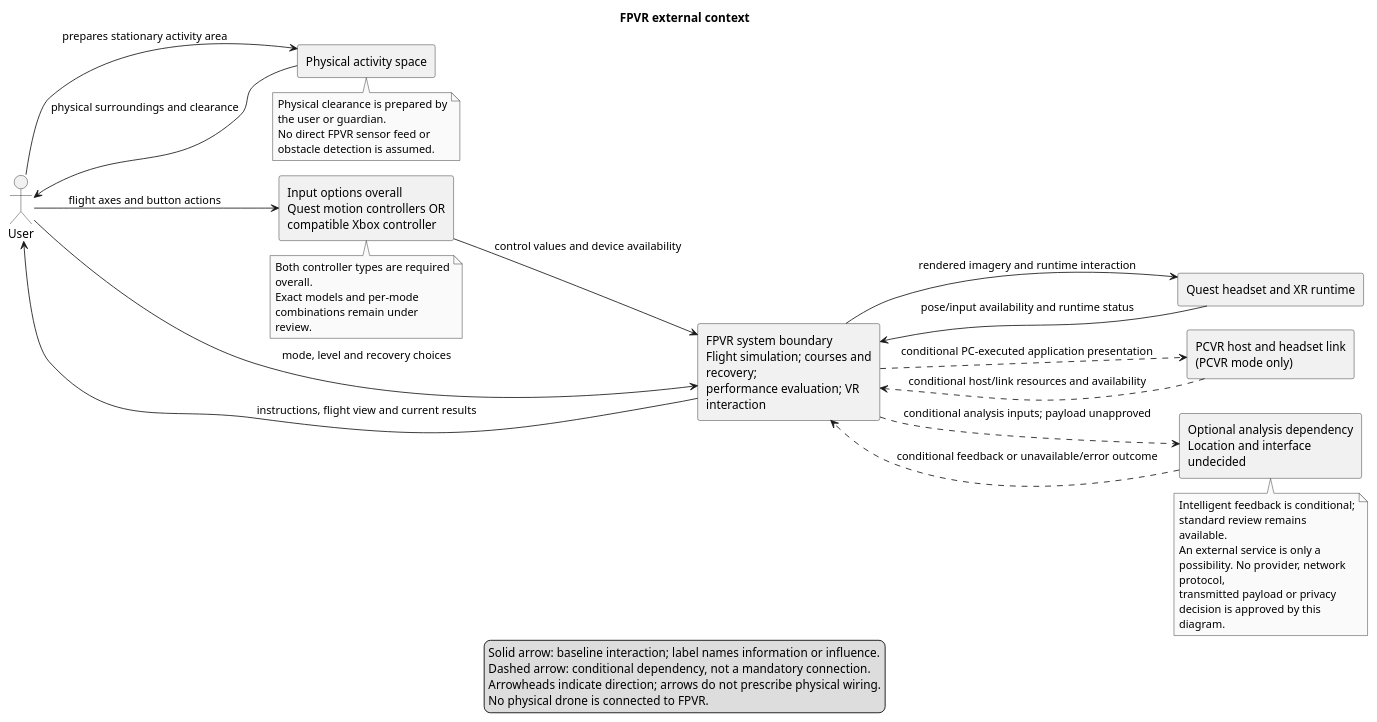
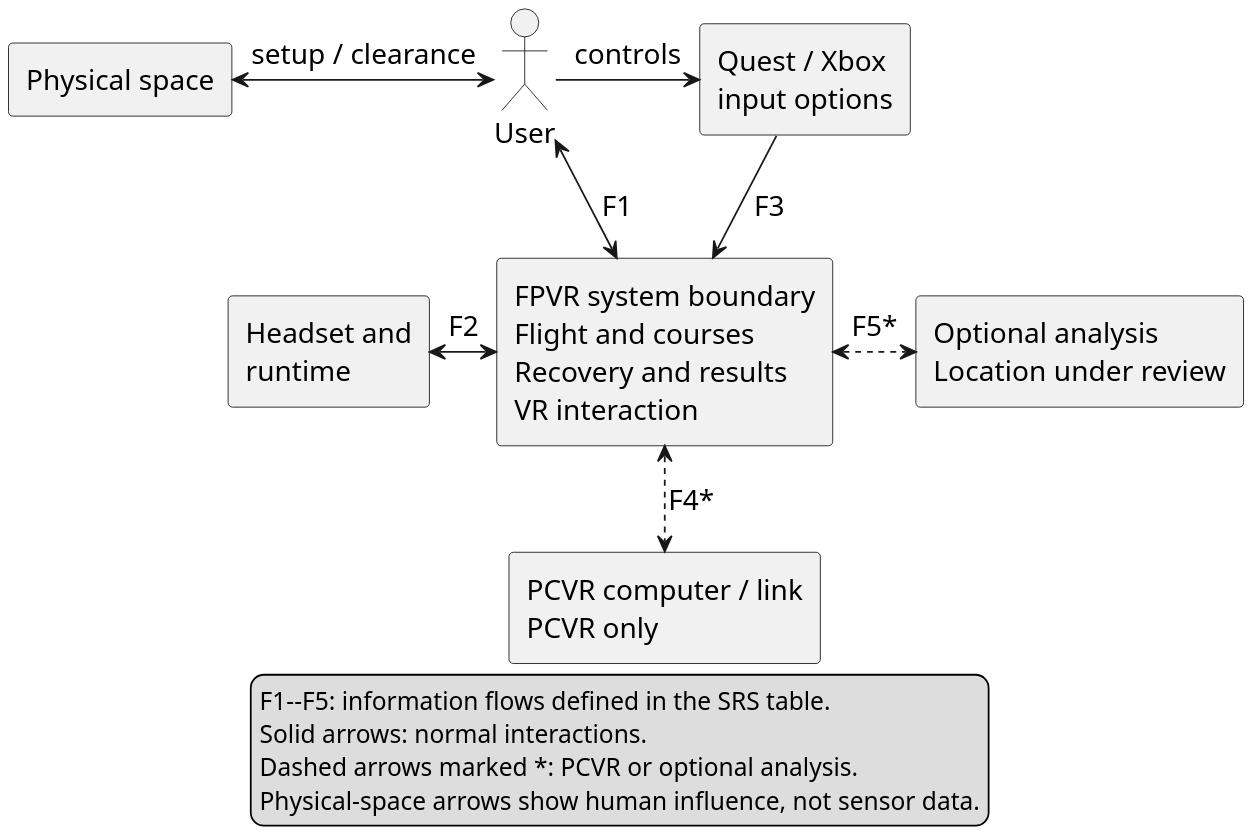
The diagram in docs/SRS/models/environment-context.puml (SoftwareMandems/FPVR), drawn with PlantUML before and after one commit. The commit also changed 6 other files, not shown here.

Commit message:
Improve document diagrams

```diff
--- a/docs/SRS/models/environment-context.puml
+++ b/docs/SRS/models/environment-context.puml
@@ -1,55 +1,36 @@
 @startuml environment-context
-' Editable source for the Environment context and information-flow boundary.
-' Sources: ../SRS.tex G.6, G.8 and S.2 (FR-FLT, FR-UI, FR-REV, FR-AI).
-' Draft reference: C:/Users/itari/Documents/SRS.tex E.2--E.5.
-' Render: java -jar plantuml.jar -tpdf environment-context.puml
-' Preview: java -jar plantuml.jar -tsvg environment-context.puml
+' F1--F5 match the external-component table and caption in SRS.tex.
+' Render: java -jar plantuml.jar -tpng environment-context.puml
 !pragma layout smetana
-left to right direction
 skinparam shadowing false
 skinparam monochrome true
-skinparam wrapWidth 210
-title FPVR external context
+skinparam defaultFontName Arial
+skinparam defaultFontSize 16
+skinparam dpi 200
+skinparam nodesep 35
+skinparam ranksep 40
+top to bottom direction
 
 actor "User" as User
-rectangle "Physical activity space" as Space
-rectangle "Input options overall\nQuest motion controllers OR\ncompatible Xbox controller" as Input
-rectangle "Quest headset and XR runtime" as XR
-rectangle "PCVR host and headset link\n(PCVR mode only)" as Host
-rectangle "FPVR system boundary\nFlight simulation; courses and recovery;\nperformance evaluation; VR interaction" as FPVR
-rectangle "Optional analysis dependency\nLocation and interface undecided" as AI
+rectangle "Physical space" as Space
+rectangle "Quest / Xbox\ninput options" as Input
+rectangle "Headset and\nruntime" as XR
+rectangle "FPVR system boundary\nFlight and courses\nRecovery and results\nVR interaction" as FPVR
+rectangle "PCVR computer / link\nPCVR only" as Host
+rectangle "Optional analysis\nLocation under review" as AI
 
-Space --> User : physical surroundings and clearance
-User --> Space : prepares stationary activity area
-User --> Input : flight axes and button actions
-Input --> FPVR : control values and device availability
-User --> FPVR : mode, level and recovery choices
-FPVR --> User : instructions, flight view and current results
-XR --> FPVR : pose/input availability and runtime status
-FPVR --> XR : rendered imagery and runtime interaction
-Host ..> FPVR : conditional host/link resources and availability
-FPVR ..> Host : conditional PC-executed application presentation
-FPVR ..> AI : conditional analysis inputs; payload unapproved
-AI ..> FPVR : conditional feedback or unavailable/error outcome
-
-note bottom of Space
-  Physical clearance is prepared by the user or guardian.
-  No direct FPVR sensor feed or obstacle detection is assumed.
-end note
-note bottom of Input
-  Both controller types are required overall.
-  Exact models and per-mode combinations remain under review.
-end note
-note bottom of AI
-  Intelligent feedback is conditional; standard review remains available.
-  An external service is only a possibility. No provider, network protocol,
-  transmitted payload or privacy decision is approved by this diagram.
-end note
+Space <-right-> User : setup / clearance
+User -right-> Input : controls
+User <-down-> FPVR : F1
+Input -down-> FPVR : F3
+XR <-right-> FPVR : F2
+FPVR <.down.> Host : F4*
+FPVR <.right.> AI : F5*
 
 legend bottom
-  Solid arrow: baseline interaction; label names information or influence.
-  Dashed arrow: conditional dependency, not a mandatory connection.
-  Arrowheads indicate direction; arrows do not prescribe physical wiring.
-  No physical drone is connected to FPVR.
+  F1--F5: information flows defined in the SRS table.
+  Solid arrows: normal interactions.
+  Dashed arrows marked *: PCVR or optional analysis.
+  Physical-space arrows show human influence, not sensor data.
 endlegend
 @enduml
```
